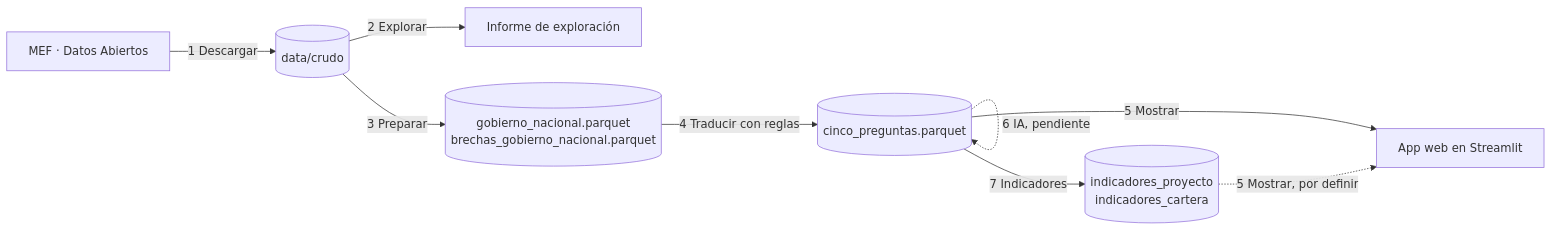
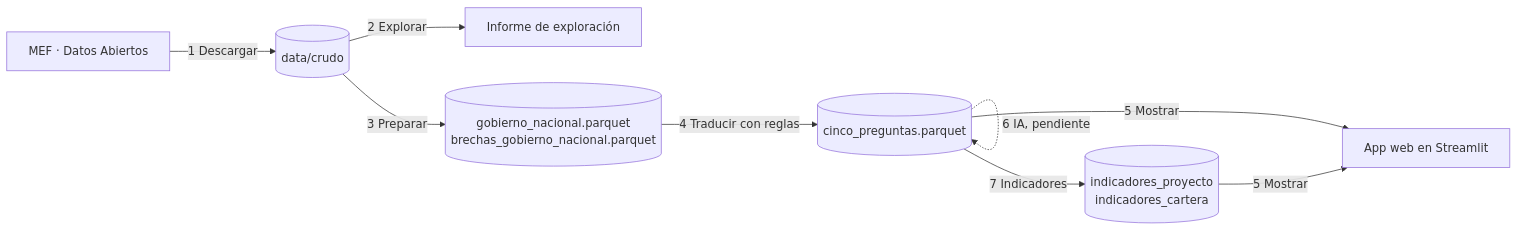
One commit to diegosimemirror/tarea5 changed the diagram in docs/mapa_de_procesos.md. Above: the diagram before and after it, drawn with Mermaid. The commit also changed other lines of this file and 8 other files, not shown here.

````diff
--- a/docs/mapa_de_procesos.md
+++ b/docs/mapa_de_procesos.md
@@ -16,11 +16,11 @@
 ```mermaid
 flowchart LR
   A[MEF · Datos Abiertos] -->|1 Descargar| B[(data/crudo)]
   B -->|2 Explorar| C[Informe de exploración]
   B -->|3 Preparar| D[(gobierno_nacional.parquet<br>brechas_gobierno_nacional.parquet)]
   D -->|4 Traducir con reglas| E[(cinco_preguntas.parquet)]
   E -.->|6 IA, pendiente| E
   E -->|7 Indicadores| G[(indicadores_proyecto<br>indicadores_cartera)]
   E -->|5 Mostrar| F[App web en Streamlit]
-  G -.->|5 Mostrar, por definir| F
+  G -->|5 Mostrar| F
 ```
````
